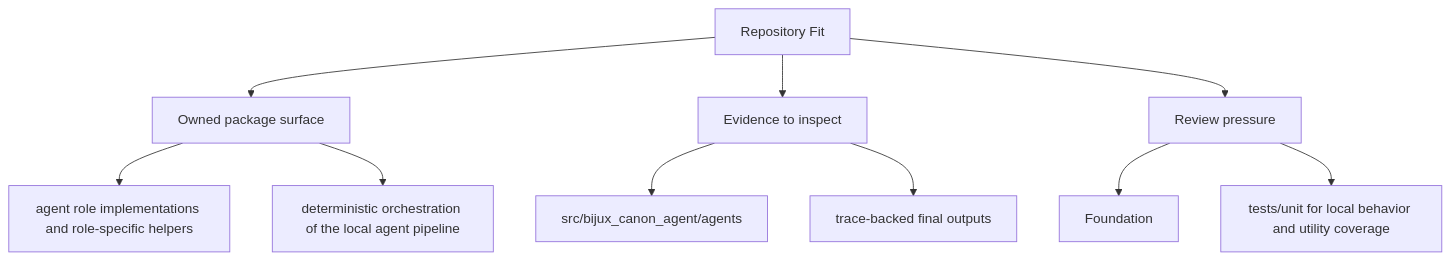
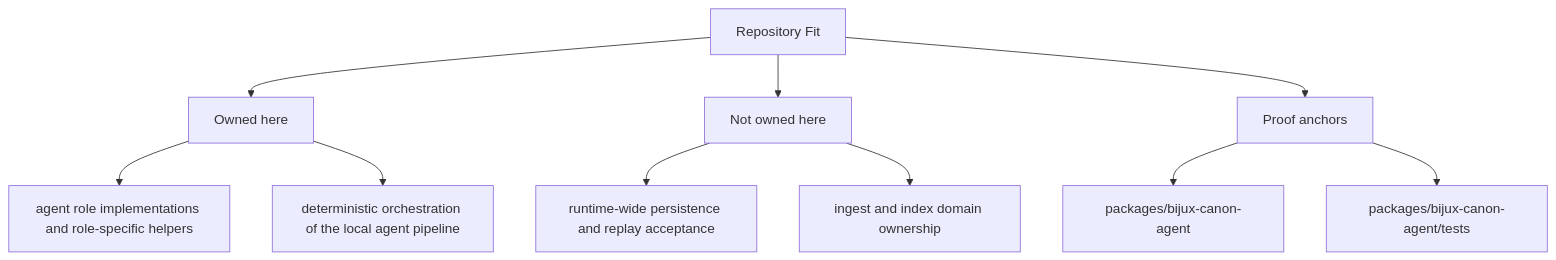
One commit to bijux/bijux-canon changed the second of 2 diagrams in docs/bijux-canon-agent/foundation/repository-fit.md. Above: the diagram before and after it, drawn with Mermaid. The commit also changed other lines of this file and 250 other files, not shown here.

Commit message:
docs(diagrams): make product page maps more readable

````diff
--- a/docs/bijux-canon-agent/foundation/repository-fit.md
+++ b/docs/bijux-canon-agent/foundation/repository-fit.md
@@ -36,22 +36,22 @@
 ```mermaid
 flowchart TD
     page["Repository Fit"]
-    focus1["Owned package surface"]
+    focus1["Owned here"]
     page --> focus1
     focus1_1["agent role implementations and role-specific helpers"]
     focus1 --> focus1_1
     focus1_2["deterministic orchestration of the local agent pipeline"]
     focus1 --> focus1_2
-    focus2["Evidence to inspect"]
+    focus2["Not owned here"]
     page --> focus2
-    focus2_1["src/bijux_canon_agent/agents"]
+    focus2_1["runtime-wide persistence and replay acceptance"]
     focus2 --> focus2_1
-    focus2_2["trace-backed final outputs"]
+    focus2_2["ingest and index domain ownership"]
     focus2 --> focus2_2
-    focus3["Review pressure"]
+    focus3["Proof anchors"]
     page --> focus3
-    focus3_1["Foundation"]
+    focus3_1["packages/bijux-canon-agent"]
     focus3 --> focus3_1
-    focus3_2["tests/unit for local behavior and utility coverage"]
+    focus3_2["packages/bijux-canon-agent/tests"]
     focus3 --> focus3_2
 ```
````
